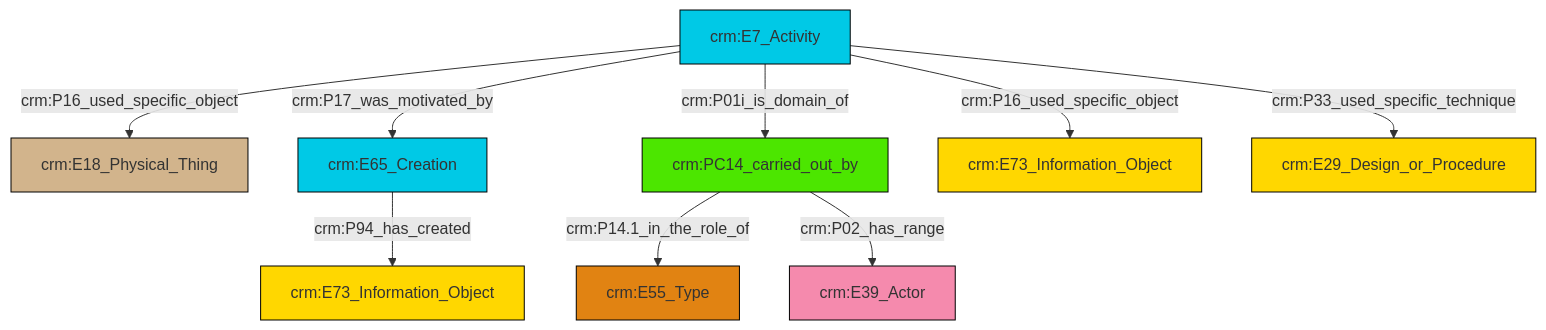
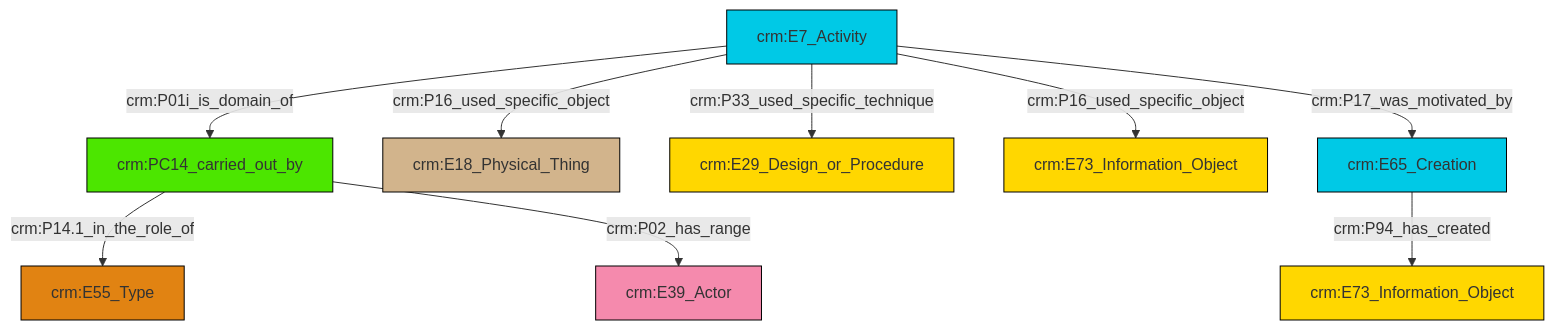
Before and after one commit to swiss-art-research-net/reference-data-models: the diagram in et/eventCSV/ttl/mmd/event_participation.ttl.mmd, drawn with Mermaid. The commit also changed 127 other files, not shown here.

```diff
--- a/et/eventCSV/ttl/mmd/event_participation.ttl.mmd
+++ b/et/eventCSV/ttl/mmd/event_participation.ttl.mmd
@@ -1,23 +1,23 @@
 graph TD
 classDef Literal fill:#f2f2f2,stroke:#000000;
 classDef CRM_Entity fill:#FFFFFF,stroke:#000000;
 classDef Temporal_Entity fill:#00C9E6, stroke:#000000;
 classDef Type fill:#E18312, stroke:#000000;
 classDef Time-Span fill:#2C9C91, stroke:#000000;
 classDef Appellation fill:#FFEB7F, stroke:#000000;
 classDef Place fill:#008836, stroke:#000000;
 classDef Persistent_Item fill:#B266B2, stroke:#000000;
 classDef Conceptual_Object fill:#FFD700, stroke:#000000;
 classDef Physical_Thing fill:#D2B48C, stroke:#000000;
 classDef Actor fill:#f58aad, stroke:#000000;
 classDef PC_Classes fill:#4ce600, stroke:#000000;
 classDef Multi fill:#cccccc,stroke:#000000;
 
-0["crm:E7_Activity"]:::Temporal_Entity -->|crm:P16_used_specific_object| 1["crm:E18_Physical_Thing"]:::Physical_Thing
-6["crm:PC14_carried_out_by"]:::PC_Classes -->|crm:P14.1_in_the_role_of| 7["crm:E55_Type"]:::Type
-0["crm:E7_Activity"]:::Temporal_Entity -->|crm:P17_was_motivated_by| 2["crm:E65_Creation"]:::Temporal_Entity
-0["crm:E7_Activity"]:::Temporal_Entity -->|crm:P01i_is_domain_of| 6["crm:PC14_carried_out_by"]:::PC_Classes
-0["crm:E7_Activity"]:::Temporal_Entity -->|crm:P16_used_specific_object| 9["crm:E73_Information_Object"]:::Conceptual_Object
-0["crm:E7_Activity"]:::Temporal_Entity -->|crm:P33_used_specific_technique| 12["crm:E29_Design_or_Procedure"]:::Conceptual_Object
-6["crm:PC14_carried_out_by"]:::PC_Classes -->|crm:P02_has_range| 14["crm:E39_Actor"]:::Actor
-2["crm:E65_Creation"]:::Temporal_Entity -->|crm:P94_has_created| 4["crm:E73_Information_Object"]:::Conceptual_Object
+2["crm:PC14_carried_out_by"]:::PC_Classes -->|crm:P14.1_in_the_role_of| 8["crm:E55_Type"]:::Type
+9["crm:E7_Activity"]:::Temporal_Entity -->|crm:P16_used_specific_object| 4["crm:E18_Physical_Thing"]:::Physical_Thing
+9["crm:E7_Activity"]:::Temporal_Entity -->|crm:P01i_is_domain_of| 2["crm:PC14_carried_out_by"]:::PC_Classes
+9["crm:E7_Activity"]:::Temporal_Entity -->|crm:P17_was_motivated_by| 12["crm:E65_Creation"]:::Temporal_Entity
+12["crm:E65_Creation"]:::Temporal_Entity -->|crm:P94_has_created| 13["crm:E73_Information_Object"]:::Conceptual_Object
+9["crm:E7_Activity"]:::Temporal_Entity -->|crm:P33_used_specific_technique| 6["crm:E29_Design_or_Procedure"]:::Conceptual_Object
+9["crm:E7_Activity"]:::Temporal_Entity -->|crm:P16_used_specific_object| 10["crm:E73_Information_Object"]:::Conceptual_Object
+2["crm:PC14_carried_out_by"]:::PC_Classes -->|crm:P02_has_range| 0["crm:E39_Actor"]:::Actor
```
